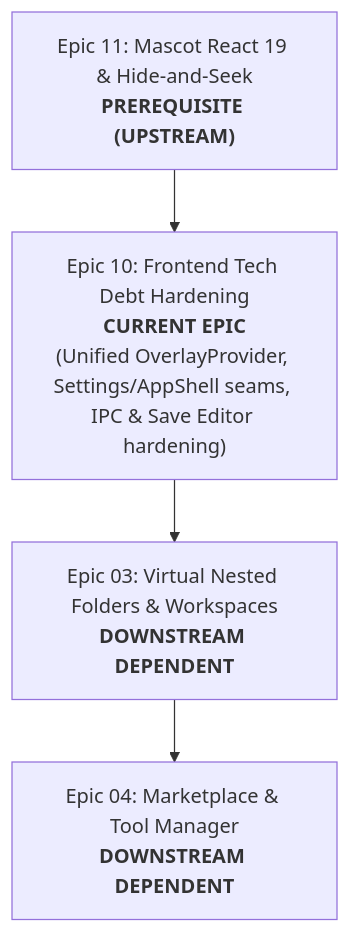
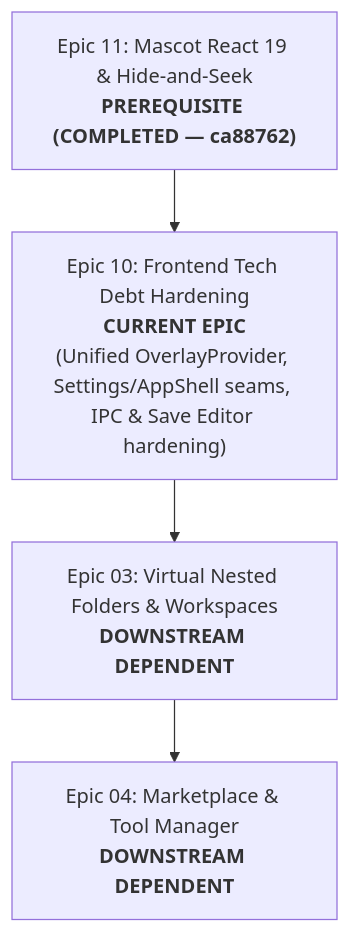
Before and after one commit to loerei/YumeShelf: the first of 2 diagrams in docs/specs/10-frontend-tech-debt-hardening/PRD.md, drawn with Mermaid. The commit also changed other lines of this file and 35 other files, not shown here.

````diff
--- a/docs/specs/10-frontend-tech-debt-hardening/PRD.md
+++ b/docs/specs/10-frontend-tech-debt-hardening/PRD.md
@@ -23,7 +24,7 @@
 ```mermaid
 flowchart TD
-    E11["Epic 11: Mascot React 19 & Hide-and-Seek<br/><b>PREREQUISITE (UPSTREAM)</b>"]
+    E11["Epic 11: Mascot React 19 & Hide-and-Seek<br/><b>PREREQUISITE (COMPLETED — ca88762)</b>"]
     --> E10["Epic 10: Frontend Tech Debt Hardening<br/><b>CURRENT EPIC</b><br/>(Unified OverlayProvider, Settings/AppShell seams, IPC & Save Editor hardening)"]
     --> E03["Epic 03: Virtual Nested Folders & Workspaces<br/><b>DOWNSTREAM DEPENDENT</b>"]
     --> E04["Epic 04: Marketplace & Tool Manager<br/><b>DOWNSTREAM DEPENDENT</b>"]
 ```
````
